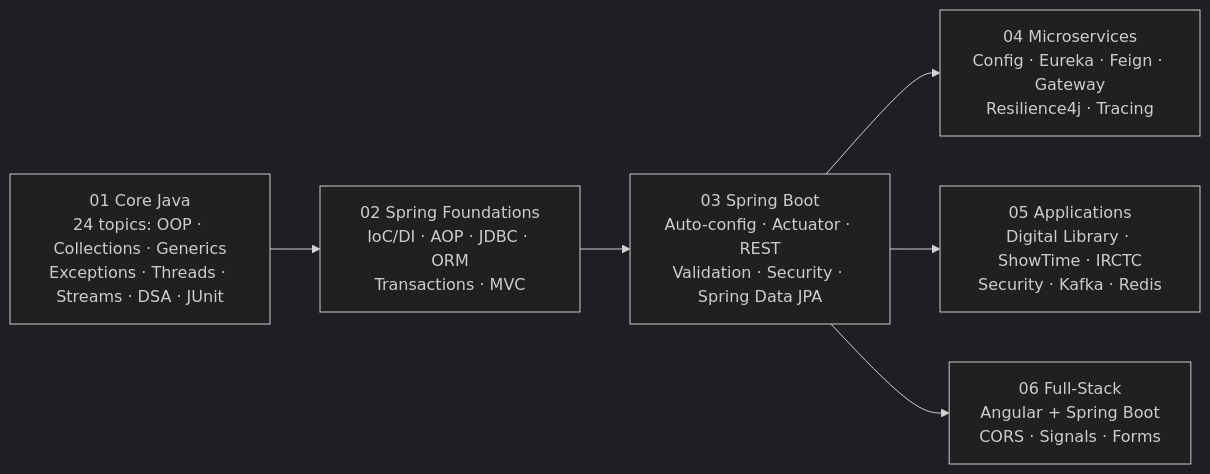
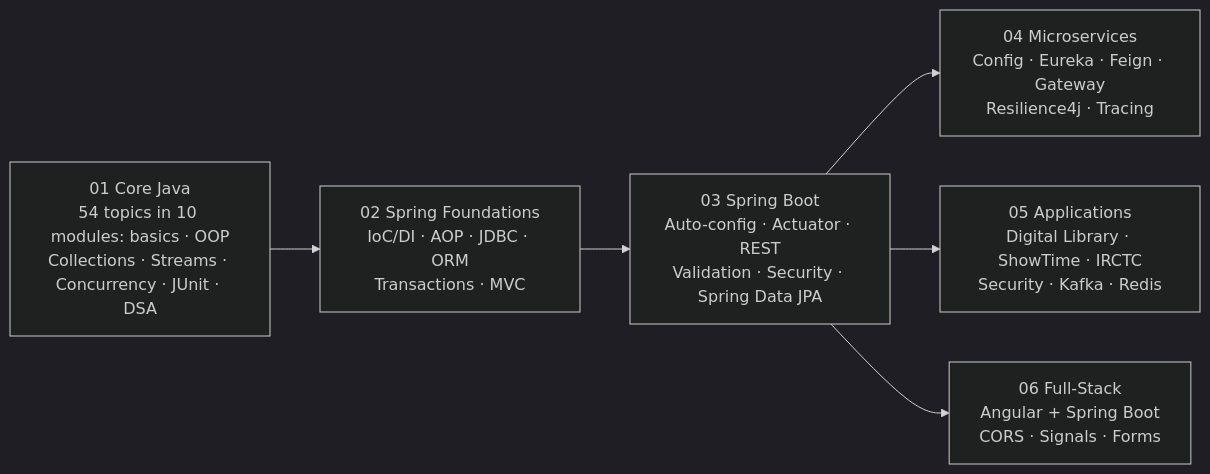
Before and after one commit to adityachauhan564/spring-framework: the diagram in README.md, drawn with Mermaid (dark theme). The commit also changed other lines of this file and 16 other files, not shown here.

First line of the commit message:
docs(core-java): curriculum roadmap and updated links

````diff
--- a/README.md
+++ b/README.md
@@ -9,8 +9,8 @@
 ```mermaid
 flowchart LR
-    A["01 Core Java<br/>24 topics: OOP · Collections · Generics<br/>Exceptions · Threads · Streams · DSA · JUnit"] --> B["02 Spring Foundations<br/>IoC/DI · AOP · JDBC · ORM<br/>Transactions · MVC"]
+    A["01 Core Java<br/>54 topics in 10 modules: basics · OOP<br/>Collections · Streams · Concurrency · JUnit · DSA"] --> B["02 Spring Foundations<br/>IoC/DI · AOP · JDBC · ORM<br/>Transactions · MVC"]
     B --> C["03 Spring Boot<br/>Auto-config · Actuator · REST<br/>Validation · Security · Spring Data JPA"]
     C --> D["04 Microservices<br/>Config · Eureka · Feign · Gateway<br/>Resilience4j · Tracing"]
     C --> E["05 Applications<br/>Digital Library · ShowTime · IRCTC<br/>Security · Kafka · Redis"]
     C --> F["06 Full-Stack<br/>Angular + Spring Boot<br/>CORS · Signals · Forms"]
 ```
````
